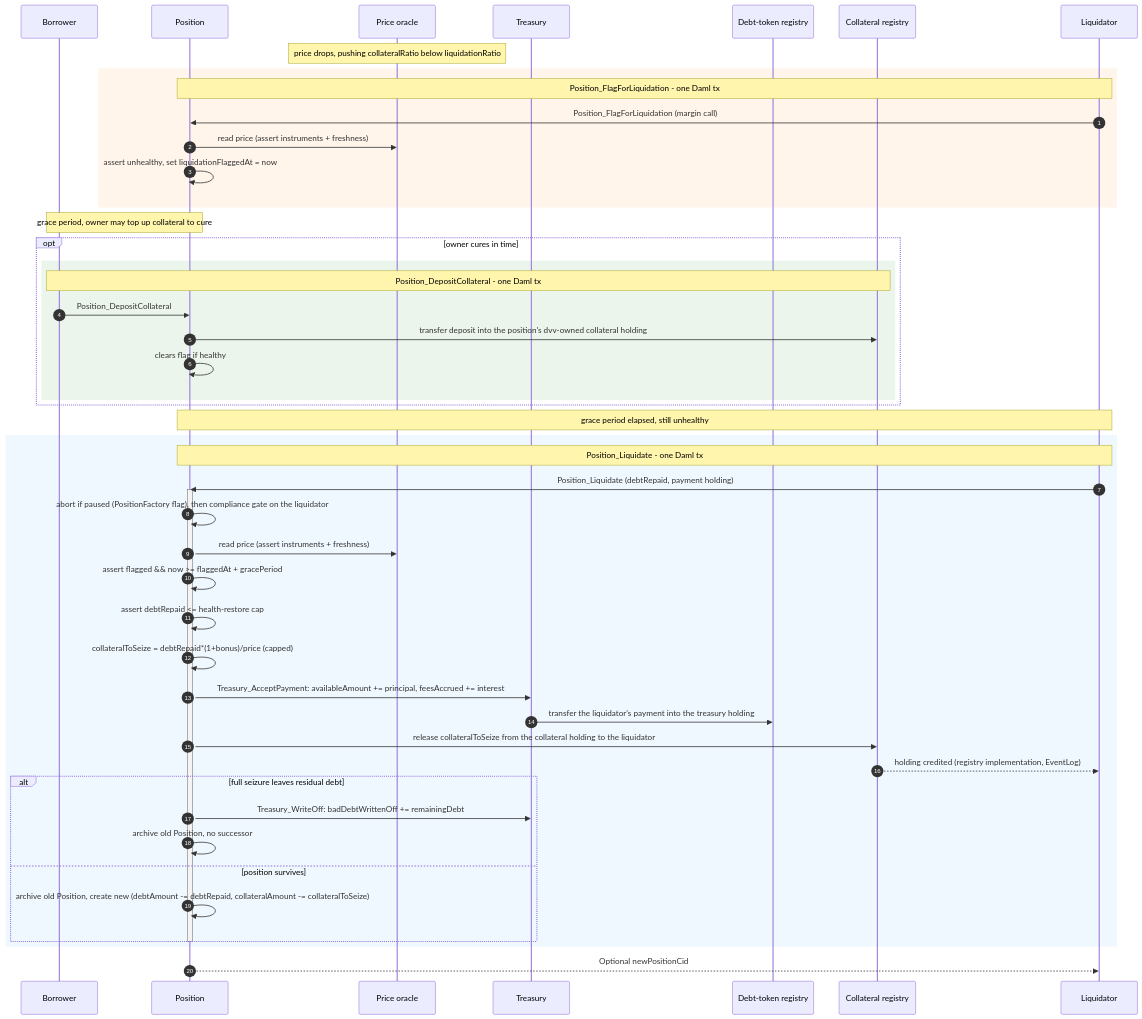
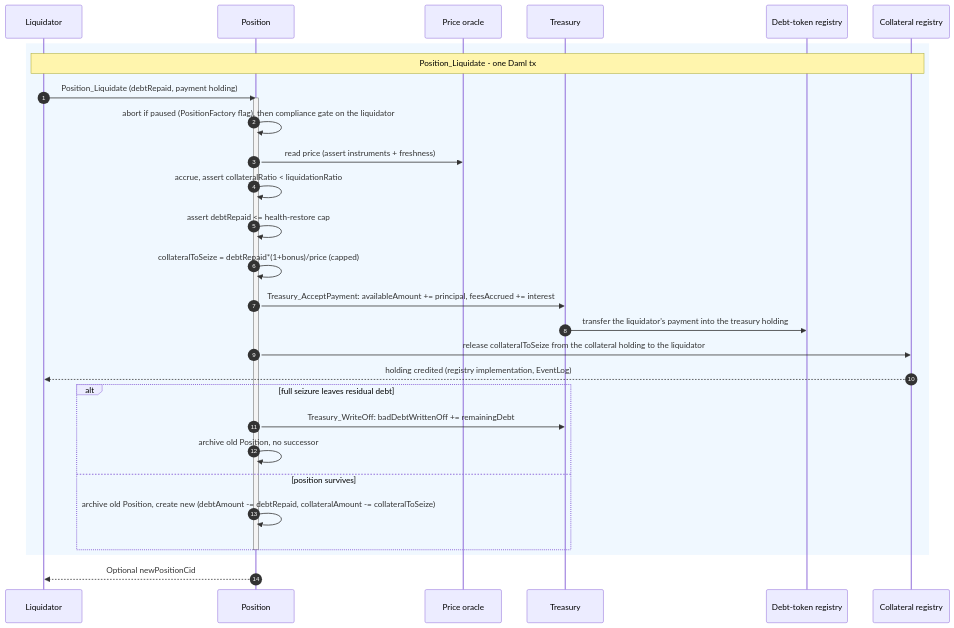
Before and after one commit to OpenZeppelin/canton-specs: the ninth of 9 diagrams in docs/reference-architectures/lending.md, drawn with Mermaid. The commit also changed other lines of this file and 1 other file, not shown here.

Commit message:
Make some sections more conscise, split replay&close and flag&liquidate, remove flagging step.

````diff
--- a/docs/reference-architectures/lending.md
+++ b/docs/reference-architectures/lending.md
@@ -476,51 +482,33 @@
 ```mermaid
 sequenceDiagram
     autonumber
-    participant B as Borrower
-    participant V as Position
+    participant L as Liquidator
+    participant P as Position
     participant O as Price oracle
     participant T as Treasury
     participant RD as Debt-token registry
     participant RC as Collateral registry
-    participant L as Liquidator
 
-    note over O: price drops, pushing collateralRatio below liquidationRatio
-    rect rgb(255, 245, 235)
-    Note over V, L: Position_FlagForLiquidation - one Daml tx
-    L->>V: Position_FlagForLiquidation (margin call)
-    V->>O: read price (assert instruments + freshness)
-    V->>V: assert unhealthy, set liquidationFlaggedAt = now
-    end
-    note over B,V: grace period, owner may top up collateral to cure
-    opt owner cures in time
-        rect rgb(235, 245, 235)
-        Note over B, RC: Position_DepositCollateral - one Daml tx
-        B->>V: Position_DepositCollateral
-        V->>RC: transfer deposit into the position's dvv-owned collateral holding
-        V->>V: clears flag if healthy
-        end
-    end
-    note over L,V: grace period elapsed, still unhealthy
     rect rgb(240, 248, 255)
-    Note over V, L: Position_Liquidate - one Daml tx
-    L->>V: Position_Liquidate (debtRepaid, payment holding)
-    activate V
-    V->>V: abort if paused (PositionFactory flag), then compliance gate on the liquidator
-    V->>O: read price (assert instruments + freshness)
-    V->>V: assert flagged && now >= flaggedAt + gracePeriod
-    V->>V: assert debtRepaid <= health-restore cap
-    V->>V: collateralToSeize = debtRepaid*(1+bonus)/price (capped)
-    V->>T: Treasury_AcceptPayment: availableAmount += principal, feesAccrued += interest
+    Note over L, RC: Position_Liquidate - one Daml tx
+    L->>P: Position_Liquidate (debtRepaid, payment holding)
+    activate P
+    P->>P: abort if paused (PositionFactory flag), then compliance gate on the liquidator
+    P->>O: read price (assert instruments + freshness)
+    P->>P: accrue, assert collateralRatio < liquidationRatio
+    P->>P: assert debtRepaid <= health-restore cap
+    P->>P: collateralToSeize = debtRepaid*(1+bonus)/price (capped)
+    P->>T: Treasury_AcceptPayment: availableAmount += principal, feesAccrued += interest
     T->>RD: transfer the liquidator's payment into the treasury holding
-    V->>RC: release collateralToSeize from the collateral holding to the liquidator
+    P->>RC: release collateralToSeize from the collateral holding to the liquidator
     RC-->>L: holding credited (registry implementation, EventLog)
     alt full seizure leaves residual debt
-        V->>T: Treasury_WriteOff: badDebtWrittenOff += remainingDebt
-        V->>V: archive old Position, no successor
+        P->>T: Treasury_WriteOff: badDebtWrittenOff += remainingDebt
+        P->>P: archive old Position, no successor
     else position survives
-        V->>V: archive old Position, create new (debtAmount -= debtRepaid, collateralAmount -= collateralToSeize)
+        P->>P: archive old Position, create new (debtAmount -= debtRepaid, collateralAmount -= collateralToSeize)
     end
-    deactivate V
+    deactivate P
     end
-    V-->>L: Optional newPositionCid
+    P-->>L: Optional newPositionCid
 ```
````
